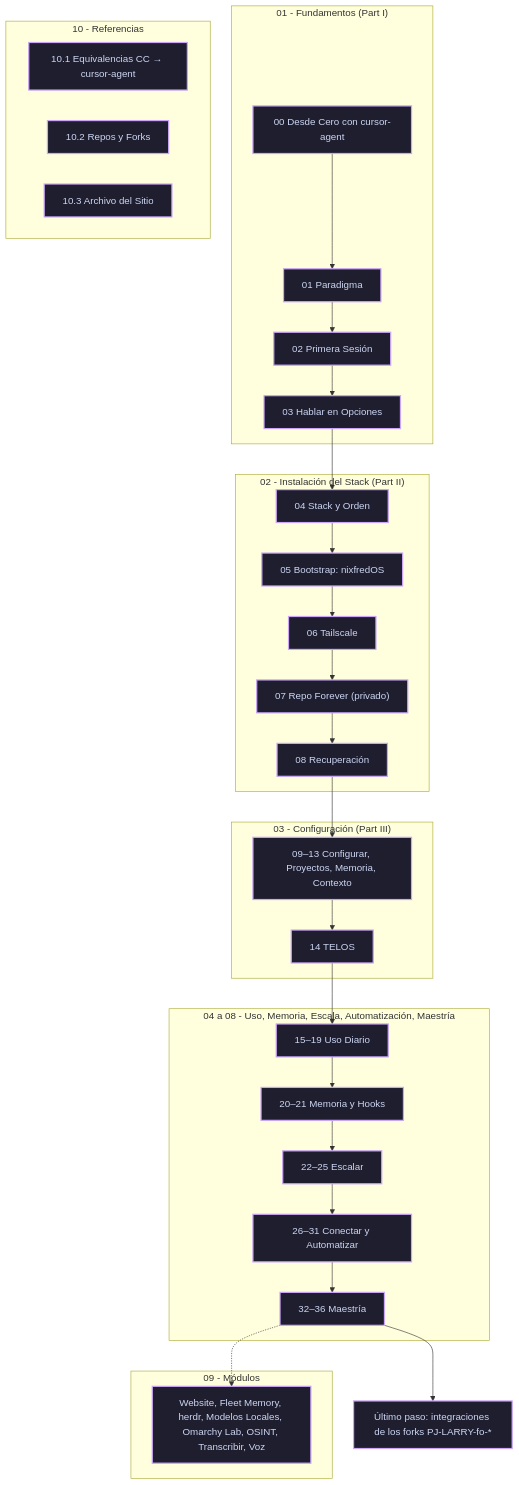
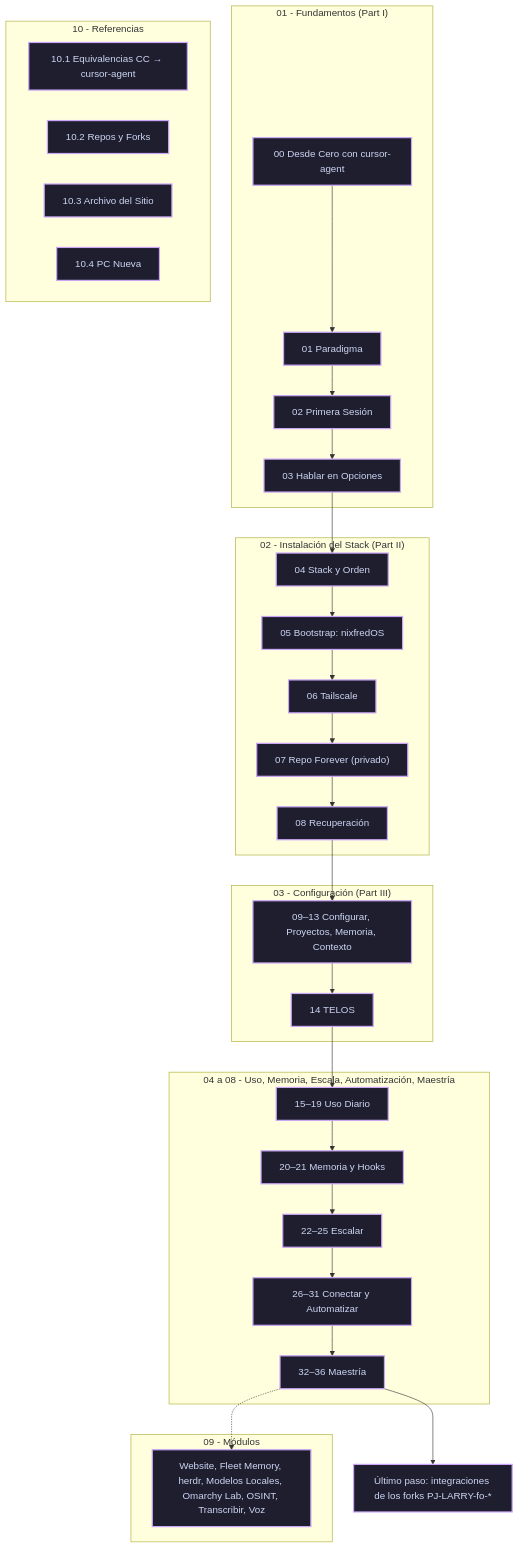
One commit to robert-flo/PJ-LARRY-rf-playbook changed the diagram in 00 - Indice General (MOC).md. Above: the diagram before and after it, drawn with Mermaid. The commit also changed other lines of this file and 7 other files, not shown here.

````diff
--- a/00 - Indice General (MOC).md
+++ b/00 - Indice General (MOC).md
@@ -30,36 +30,37 @@
 ```mermaid
 flowchart TD
     subgraph P1["01 - Fundamentos (Part I)"]
         A["00 Desde Cero con cursor-agent"] --> B["01 Paradigma"]
         B --> C["02 Primera Sesión"] --> D["03 Hablar en Opciones"]
     end
 
     subgraph P2["02 - Instalación del Stack (Part II)"]
         D --> E["04 Stack y Orden"] --> F["05 Bootstrap: nixfredOS"]
         F --> G["06 Tailscale"] --> H["07 Repo Forever (privado)"] --> I["08 Recuperación"]
     end
 
     subgraph P3["03 - Configuración (Part III)"]
         I --> J["09–13 Configurar, Proyectos, Memoria, Contexto"] --> K["14 TELOS"]
     end
 
     subgraph P4["04 a 08 - Uso, Memoria, Escala, Automatización, Maestría"]
         K --> L["15–19 Uso Diario"] --> M["20–21 Memoria y Hooks"]
         M --> N["22–25 Escalar"] --> O["26–31 Conectar y Automatizar"] --> Q["32–36 Maestría"]
     end
 
     subgraph P9["09 - Módulos"]
         R["Website, Fleet Memory, herdr, Modelos Locales, Omarchy Lab, OSINT, Transcribir, Voz"]
     end
 
     subgraph P10["10 - Referencias"]
         S["10.1 Equivalencias CC → cursor-agent"]
         T["10.2 Repos y Forks"]
         U["10.3 Archivo del Sitio"]
+        V["10.4 PC Nueva"]
     end
 
     Q -.-> R
     Q --> Z["Último paso: integraciones de los forks PJ-LARRY-fo-*"]
 
     classDef default fill:#1e1e2e,stroke:#cba6f7,stroke-width:2px,color:#cdd6f4;
 ```
````
